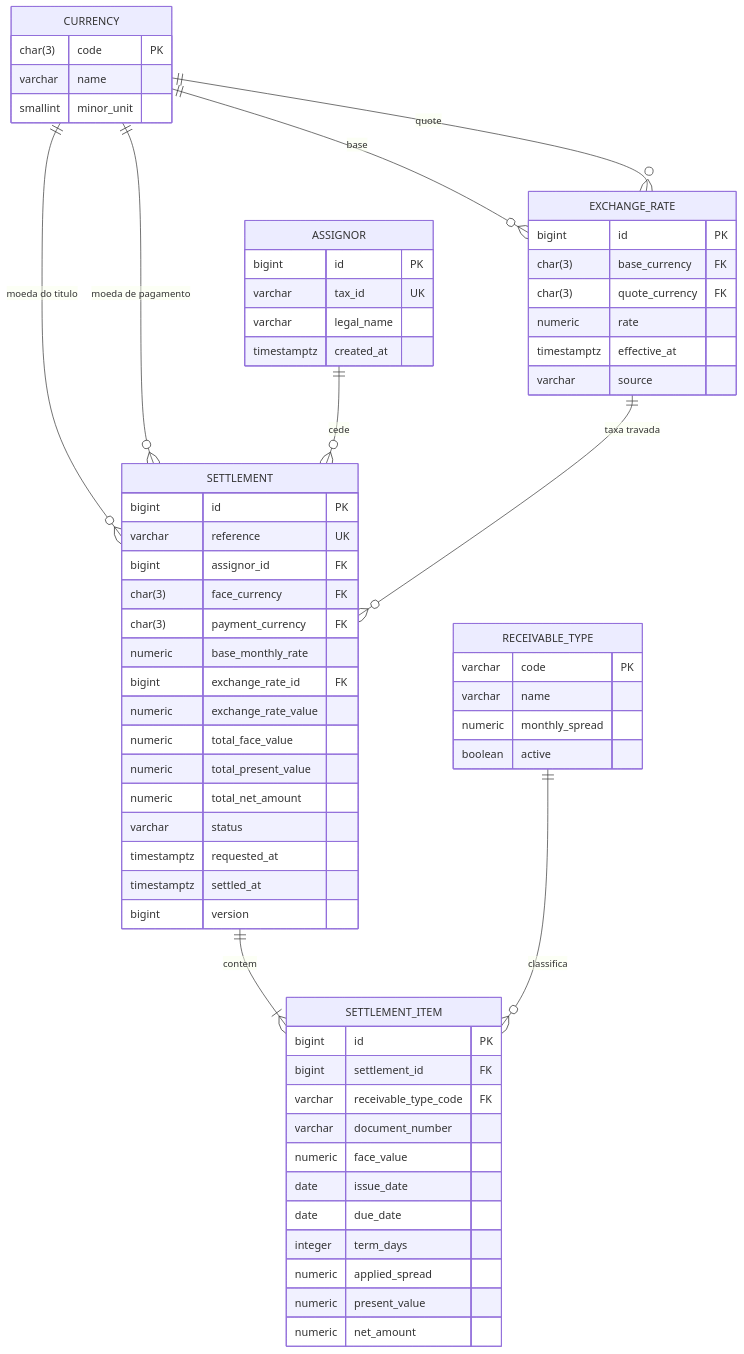
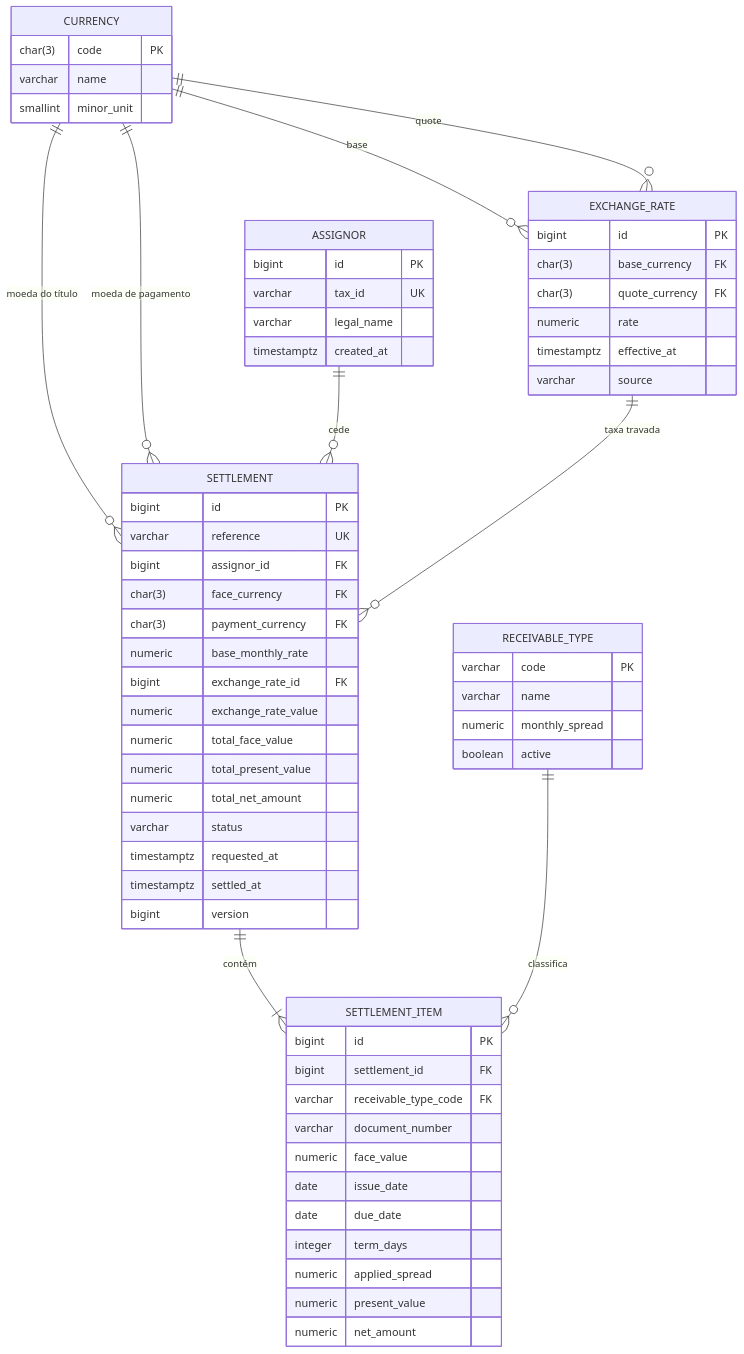
The diagram in docs/modelo-de-dados.md (zingrad/TesteJava), drawn with Mermaid before and after one commit. The commit also changed 26 other files, not shown here.

````diff
--- a/docs/modelo-de-dados.md
+++ b/docs/modelo-de-dados.md
@@ -9,67 +9,67 @@
 ```mermaid
 erDiagram
     CURRENCY {
         char(3) code PK
         varchar name
         smallint minor_unit
     }
     RECEIVABLE_TYPE {
         varchar code PK
         varchar name
         numeric monthly_spread
         boolean active
     }
     ASSIGNOR {
         bigint id PK
         varchar tax_id UK
         varchar legal_name
         timestamptz created_at
     }
     EXCHANGE_RATE {
         bigint id PK
         char(3) base_currency FK
         char(3) quote_currency FK
         numeric rate
         timestamptz effective_at
         varchar source
     }
     SETTLEMENT {
         bigint id PK
         varchar reference UK
         bigint assignor_id FK
         char(3) face_currency FK
         char(3) payment_currency FK
         numeric base_monthly_rate
         bigint exchange_rate_id FK
         numeric exchange_rate_value
         numeric total_face_value
         numeric total_present_value
         numeric total_net_amount
         varchar status
         timestamptz requested_at
         timestamptz settled_at
         bigint version
     }
     SETTLEMENT_ITEM {
         bigint id PK
         bigint settlement_id FK
         varchar receivable_type_code FK
         varchar document_number
         numeric face_value
         date issue_date
         date due_date
         integer term_days
         numeric applied_spread
         numeric present_value
         numeric net_amount
     }
 
     CURRENCY        ||--o{ EXCHANGE_RATE   : "base"
     CURRENCY        ||--o{ EXCHANGE_RATE   : "quote"
-    CURRENCY        ||--o{ SETTLEMENT      : "moeda do titulo"
+    CURRENCY        ||--o{ SETTLEMENT      : "moeda do título"
     CURRENCY        ||--o{ SETTLEMENT      : "moeda de pagamento"
     ASSIGNOR        ||--o{ SETTLEMENT      : cede
     EXCHANGE_RATE   ||--o{ SETTLEMENT      : "taxa travada"
-    SETTLEMENT      ||--|{ SETTLEMENT_ITEM : contem
+    SETTLEMENT      ||--|{ SETTLEMENT_ITEM : contém
     RECEIVABLE_TYPE ||--o{ SETTLEMENT_ITEM : classifica
 ```
````
